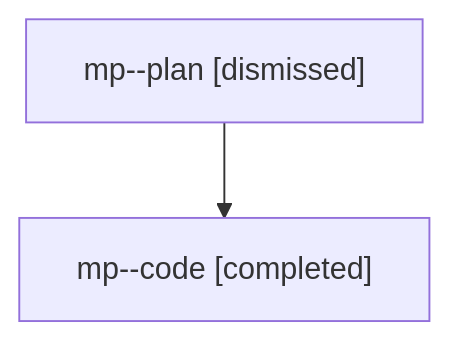
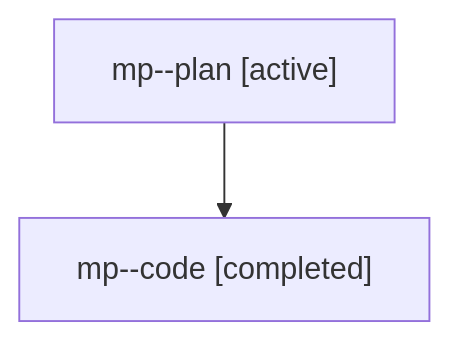
One commit to sase-org/sase--agents changed the diagram in families/bbugyi200.athena.mp.md. Above: the diagram before and after it, drawn with Mermaid. The commit also changed other lines of this file and 5813 other files, not shown here.

````diff
--- a/families/bbugyi200.athena.mp.md
+++ b/families/bbugyi200.athena.mp.md
@@ -9,6 +9,6 @@
 ```mermaid
 flowchart TD
-  n0["mp--plan [dismissed]"]
+  n0["mp--plan [active]"]
   n1["mp--code [completed]"]
   n0 --> n1
 ```
````
